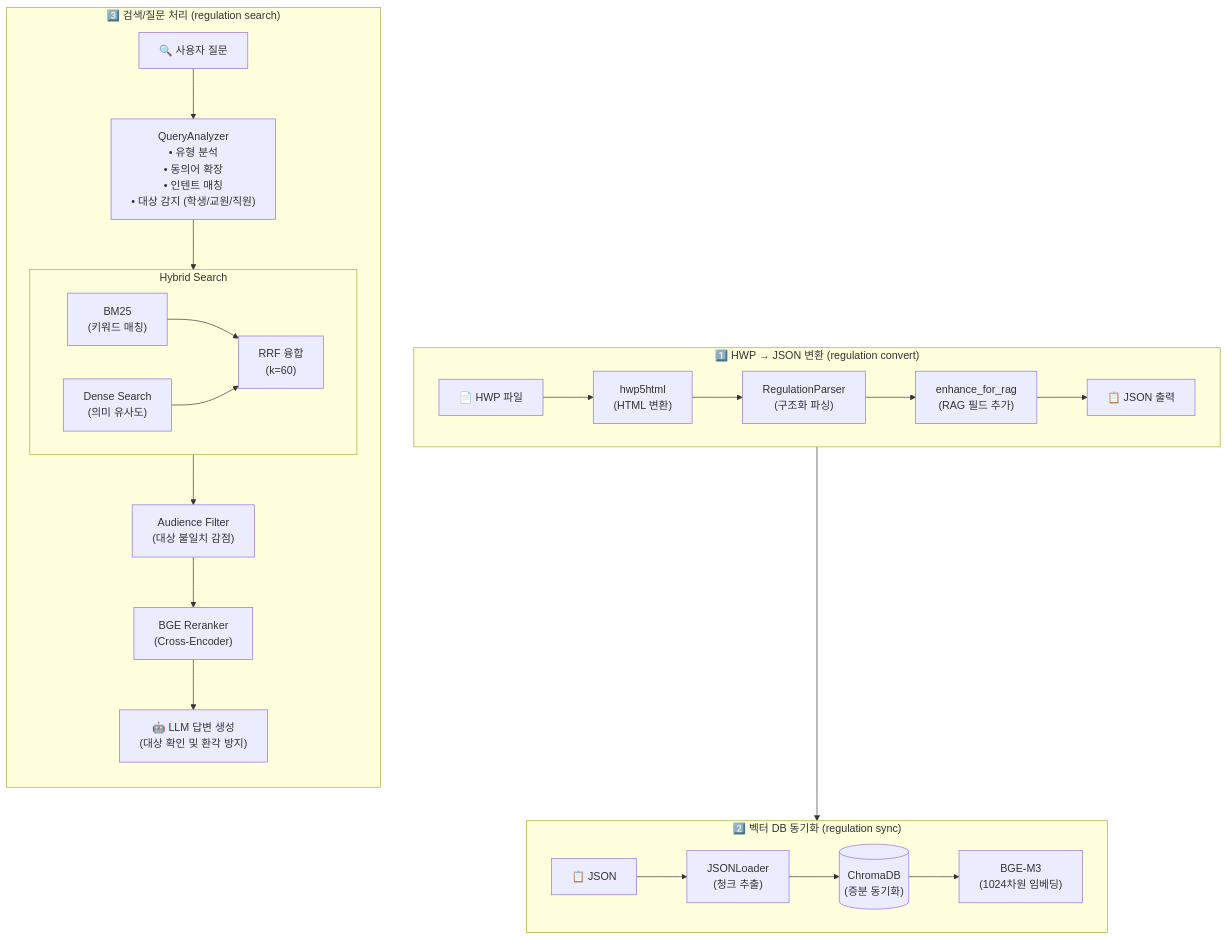
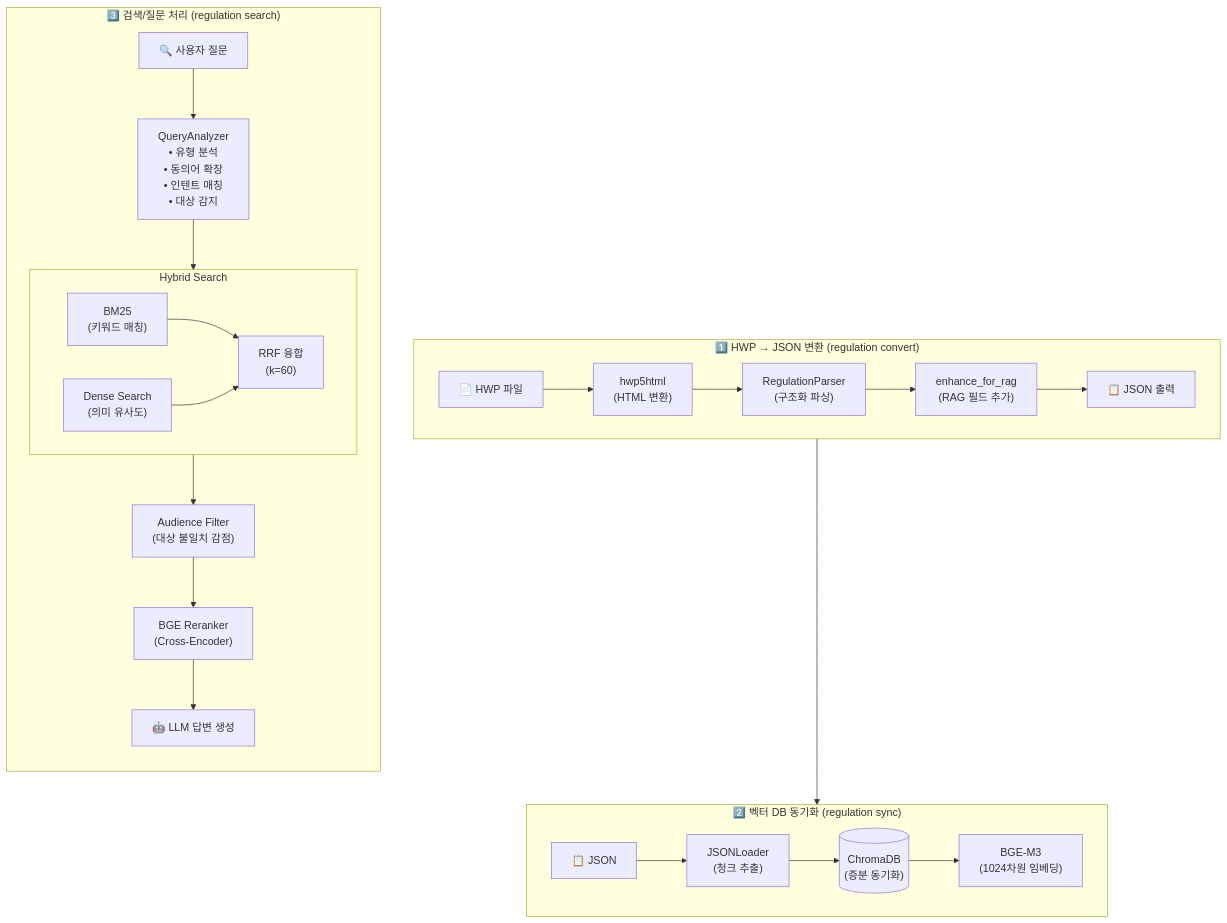
Before and after one commit to seo-jinseok/regulation_manager: the second of 3 diagrams in README.md, drawn with Mermaid. The commit also changed other lines of this file and 4 other files, not shown here.

Commit message:
docs: update quickstart, readme, schema reference, agents, and LLM guide documentation.

````diff
--- a/README.md
+++ b/README.md
@@ -221,35 +279,35 @@
 ```mermaid
 flowchart TB
     subgraph CONVERT ["1️⃣ HWP → JSON 변환 (regulation convert)"]
         direction LR
         HWP["📄 HWP 파일"] --> hwp5html["hwp5html\n(HTML 변환)"]
         hwp5html --> Parser["RegulationParser\n(구조화 파싱)"]
         Parser --> Enhance["enhance_for_rag\n(RAG 필드 추가)"]
         Enhance --> JSON["📋 JSON 출력"]
     end
 
     subgraph SYNC ["2️⃣ 벡터 DB 동기화 (regulation sync)"]
         direction LR
         JSON2["📋 JSON"] --> Loader["JSONLoader\n(청크 추출)"]
         Loader --> Chroma[("ChromaDB\n(증분 동기화)")]
         Chroma --> Embed["BGE-M3\n(1024차원 임베딩)"]
     end
 
     subgraph ASK ["3️⃣ 검색/질문 처리 (regulation search)"]
         direction TB
-        Query["🔍 사용자 질문"] --> Analyzer["QueryAnalyzer\n• 유형 분석\n• 동의어 확장\n• 인텐트 매칭\n• 대상 감지 (학생/교원/직원)"]
+        Query["🔍 사용자 질문"] --> Analyzer["QueryAnalyzer\n• 유형 분석\n• 동의어 확장\n• 인텐트 매칭\n• 대상 감지"]
         
         subgraph HYBRID ["Hybrid Search"]
             direction LR
             BM25["BM25\n(키워드 매칭)"] --> RRF["RRF 융합\n(k=60)"]
             Dense["Dense Search\n(의미 유사도)"] --> RRF
         end
         
         Analyzer --> HYBRID
         RRF --> Filter["Audience Filter\n(대상 불일치 감점)"]
         Filter --> Reranker["BGE Reranker\n(Cross-Encoder)"]
-        Reranker --> LLM["🤖 LLM 답변 생성\n(대상 확인 및 환각 방지)"]
+        Reranker --> LLM["🤖 LLM 답변 생성"]
     end
 
     JSON --> JSON2
 ```
````
